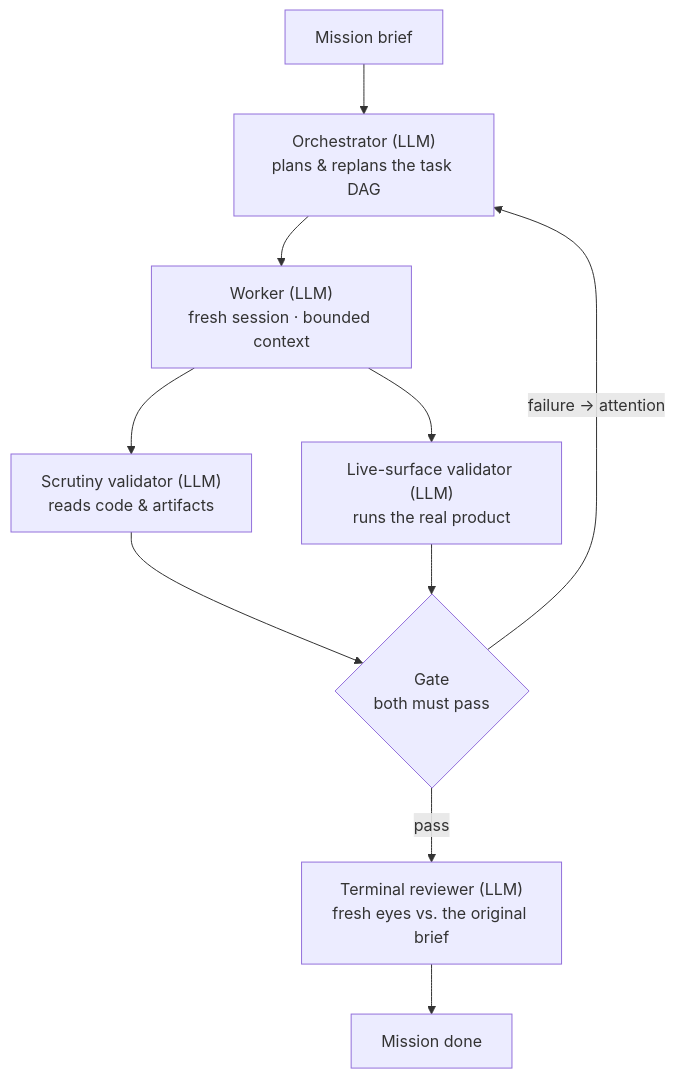
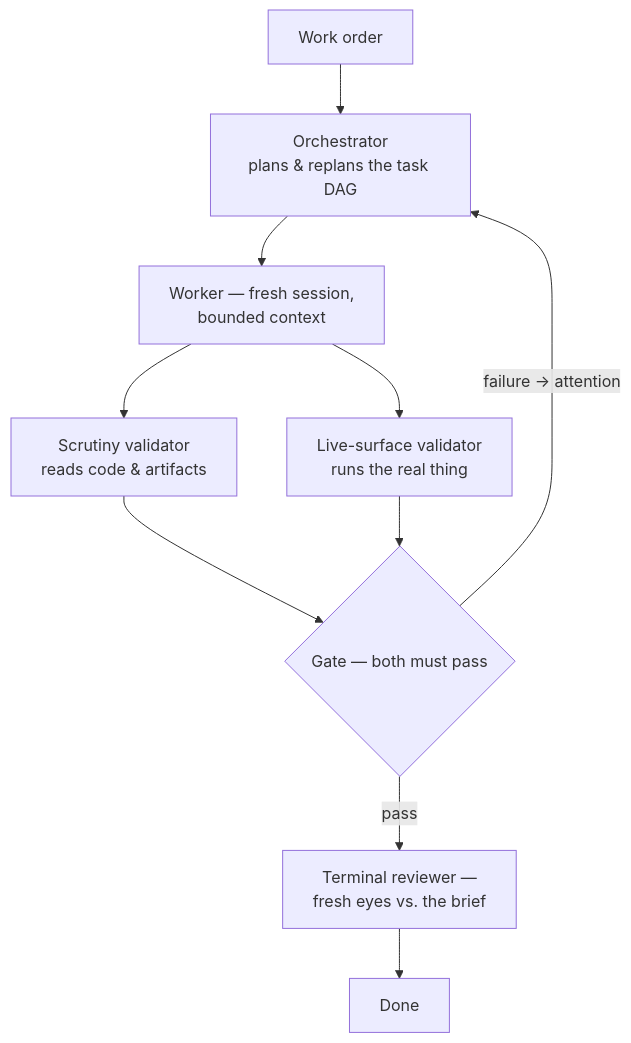
The second of 4 diagrams in README.md (koretex-ai/koretex-agent), drawn with Mermaid before and after one commit. The commit also changed other lines of this file, not shown here.

````diff
--- a/README.md
+++ b/README.md
@@ -79,12 +80,12 @@
 ```mermaid
 flowchart TD
-  brief["Mission brief"] --> orch["Orchestrator (LLM)<br/>plans & replans the task DAG"]
-  orch --> worker["Worker (LLM)<br/>fresh session · bounded context"]
-  worker --> v1["Scrutiny validator (LLM)<br/>reads code & artifacts"]
-  worker --> v2["Live-surface validator (LLM)<br/>runs the real product"]
-  v1 --> gate{"Gate<br/>both must pass"}
+  brief["Work order"] --> orch["Orchestrator<br/>plans & replans the task DAG"]
+  orch --> worker["Worker — fresh session,<br/>bounded context"]
+  worker --> v1["Scrutiny validator<br/>reads code & artifacts"]
+  worker --> v2["Live-surface validator<br/>runs the real thing"]
+  v1 --> gate{"Gate — both must pass"}
   v2 --> gate
   gate -->|"failure → attention"| orch
-  gate -->|pass| tr["Terminal reviewer (LLM)<br/>fresh eyes vs. the original brief"]
-  tr --> done["Mission done"]
+  gate -->|pass| tr["Terminal reviewer —<br/>fresh eyes vs. the brief"]
+  tr --> done["Done"]
 ```
````
